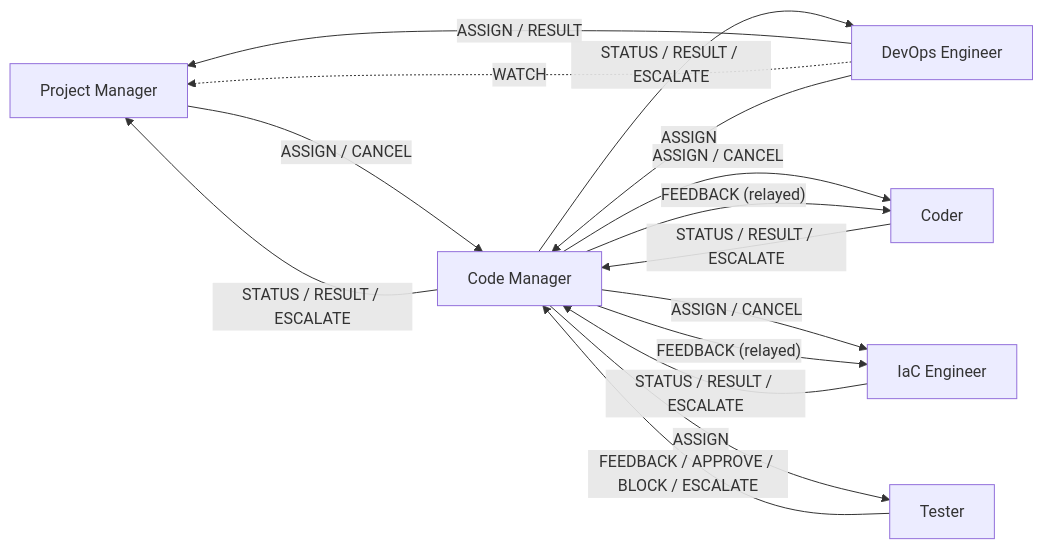
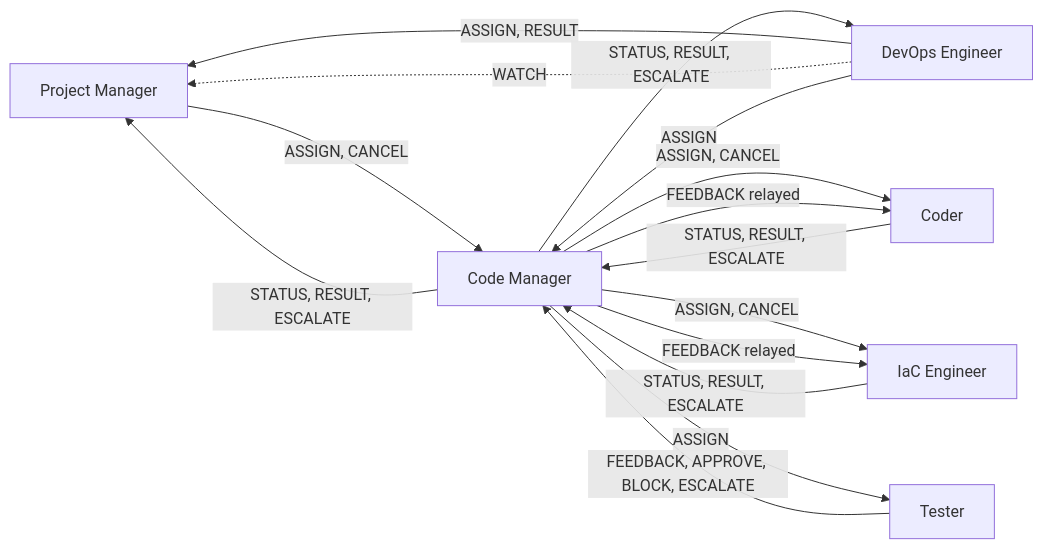
One commit to convergent-systems-co/dark-forge changed the third of 5 diagrams in docs/architecture/agent-architecture.md. Above: the diagram before and after it, drawn with Mermaid. The commit also changed other lines of this file and 1 other file, not shown here.

First line of the commit message:
fix: Mermaid syntax errors in agent-architecture diagrams and add CI loop troubleshooting (#489)

````diff
--- a/docs/architecture/agent-architecture.md
+++ b/docs/architecture/agent-architecture.md
@@ -368,23 +368,23 @@
 ```mermaid
 flowchart LR
-    PM[Project Manager] -->|ASSIGN / CANCEL| CM[Code Manager]
-    CM -->|STATUS / RESULT / ESCALATE| PM
+    PM[Project Manager] -->|"ASSIGN, CANCEL"| CM[Code Manager]
+    CM -->|"STATUS, RESULT, ESCALATE"| PM
 
-    DE[DevOps Engineer] -->|ASSIGN / RESULT| PM
+    DE[DevOps Engineer] -->|"ASSIGN, RESULT"| PM
     DE -.->|WATCH| PM
     DE -->|ASSIGN| CM
 
-    CM -->|STATUS / RESULT / ESCALATE| DE
+    CM -->|"STATUS, RESULT, ESCALATE"| DE
 
-    CM -->|ASSIGN / CANCEL| CO[Coder]
-    CO -->|STATUS / RESULT / ESCALATE| CM
+    CM -->|"ASSIGN, CANCEL"| CO[Coder]
+    CO -->|"STATUS, RESULT, ESCALATE"| CM
 
-    CM -->|ASSIGN / CANCEL| IAC[IaC Engineer]
-    IAC -->|STATUS / RESULT / ESCALATE| CM
+    CM -->|"ASSIGN, CANCEL"| IAC[IaC Engineer]
+    IAC -->|"STATUS, RESULT, ESCALATE"| CM
 
     CM -->|ASSIGN| TE[Tester]
-    TE -->|FEEDBACK / APPROVE / BLOCK / ESCALATE| CM
+    TE -->|"FEEDBACK, APPROVE, BLOCK, ESCALATE"| CM
 
-    CM -->|"FEEDBACK (relayed)"| CO
-    CM -->|"FEEDBACK (relayed)"| IAC
+    CM -->|"FEEDBACK relayed"| CO
+    CM -->|"FEEDBACK relayed"| IAC
 ```
````
